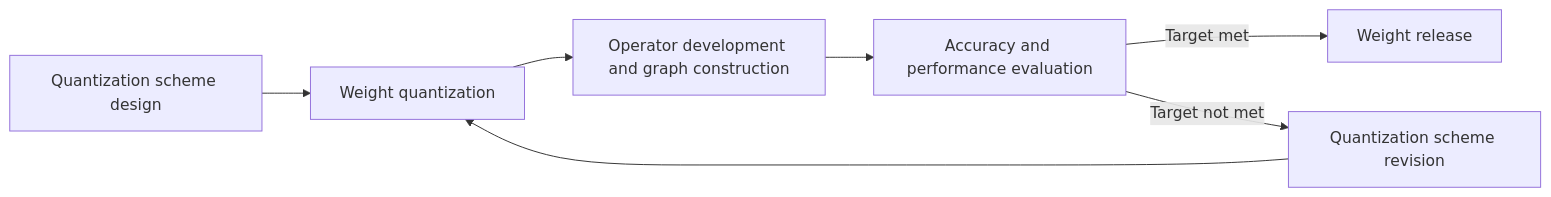
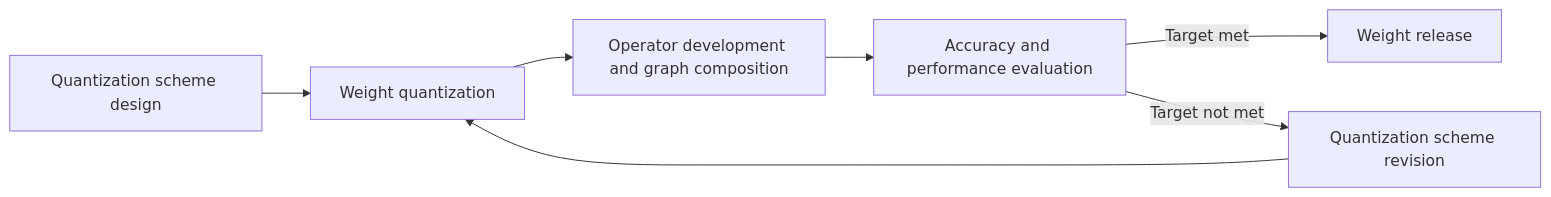
The diagram in docs/en/user_guide/process_new_model_quantization_tuning.md (Ascend/msmodelslim), drawn with Mermaid before and after one commit. The commit also changed other lines of this file and 160 other files, not shown here.

````diff
--- a/docs/en/user_guide/process_new_model_quantization_tuning.md
+++ b/docs/en/user_guide/process_new_model_quantization_tuning.md
@@ -48,9 +48,9 @@
 ```mermaid
 flowchart LR
   design[Quantization scheme design] --> quant[Weight quantization]
-  quant --> ops[Operator development and graph construction]
+  quant --> ops[Operator development and graph composition]
   ops --> eval[Accuracy and performance evaluation]
   eval -->|Target met| publish[Weight release]
   eval -->|Target not met| revise[Quantization scheme revision]
   revise --> quant
 ```
````
